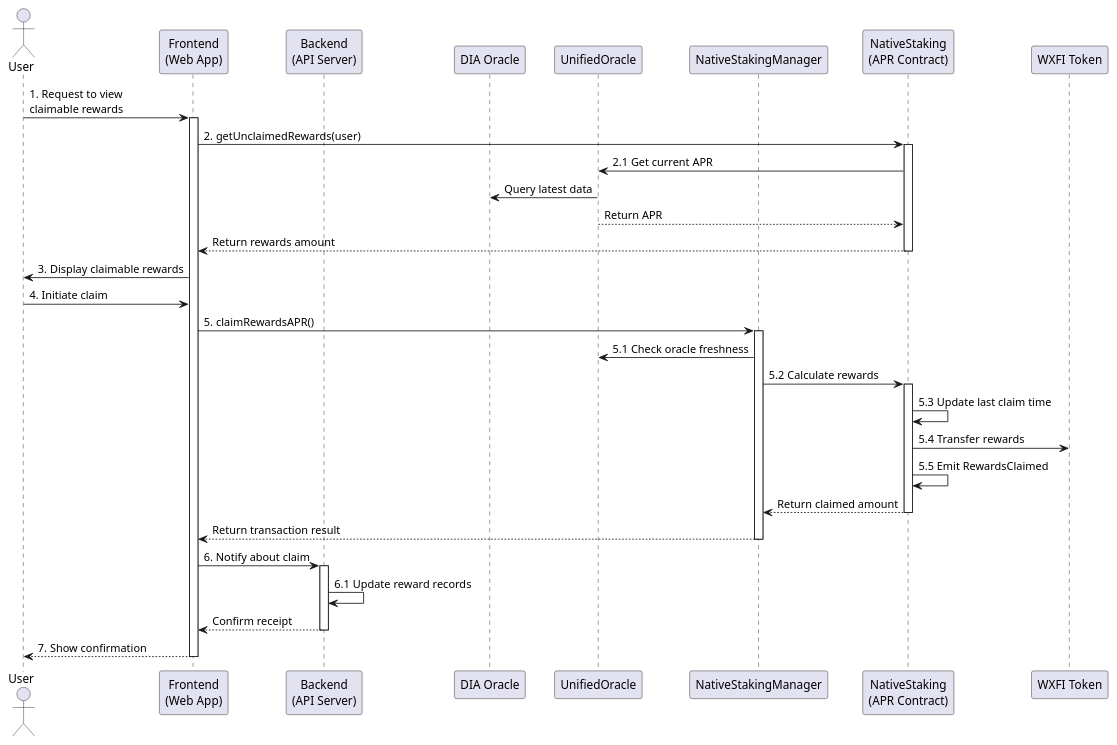
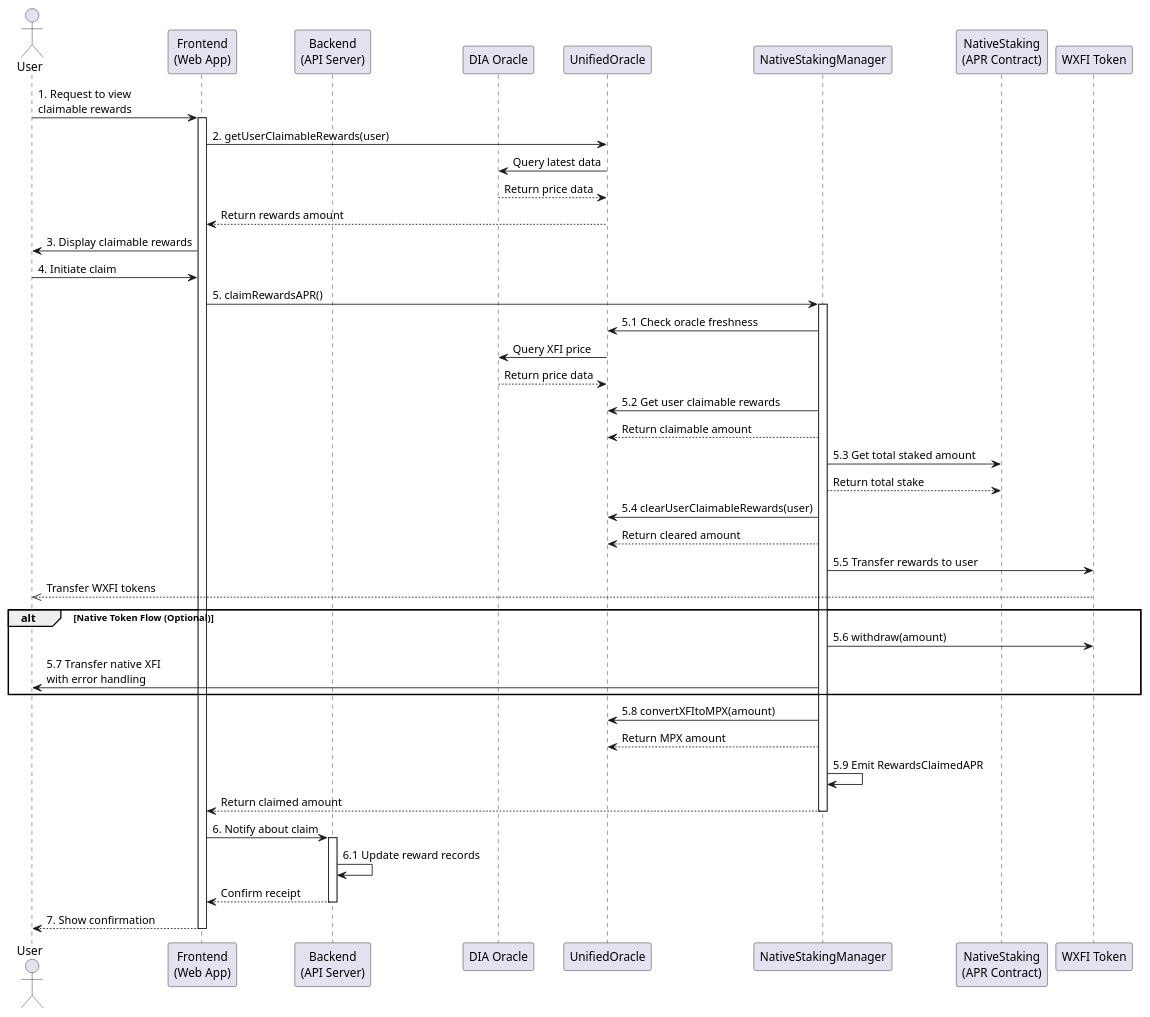
One commit to crossfichain/native-staking-contracts changed the diagram in docs/schemes/claim_rewards.puml. Above: the diagram before and after it, drawn with PlantUML. The commit also changed 10 other files, not shown here.

```diff
--- a/docs/schemes/claim_rewards.puml
+++ b/docs/schemes/claim_rewards.puml
@@ -1,49 +1,63 @@
 @startuml Claim Rewards Flow
 actor User
 participant "Frontend\n(Web App)" as FE
 participant "Backend\n(API Server)" as BE
 participant "DIA Oracle" as DIA
 participant "UnifiedOracle" as UO
 participant "NativeStakingManager" as NSM
 participant "NativeStaking\n(APR Contract)" as NS
 participant "WXFI Token" as WXFI
 
 User -> FE: 1. Request to view\nclaimable rewards
 activate FE
 
-FE -> NS: 2. getUnclaimedRewards(user)
-activate NS
-NS -> UO: 2.1 Get current APR
+FE -> UO: 2. getUserClaimableRewards(user)
 UO -> DIA: Query latest data
-NS <-- UO: Return APR
-FE <-- NS: Return rewards amount
-deactivate NS
+UO <-- DIA: Return price data
+FE <-- UO: Return rewards amount
 
 FE -> User: 3. Display claimable rewards
 
 User -> FE: 4. Initiate claim
 FE -> NSM: 5. claimRewardsAPR()
 activate NSM
 
 NSM -> UO: 5.1 Check oracle freshness
-NSM -> NS: 5.2 Calculate rewards
-activate NS
-NS -> NS: 5.3 Update last claim time
-NS -> WXFI: 5.4 Transfer rewards
-NS -> NS: 5.5 Emit RewardsClaimed
-NSM <-- NS: Return claimed amount
-deactivate NS
+UO -> DIA: Query XFI price
+UO <-- DIA: Return price data
 
-FE <-- NSM: Return transaction result
+NSM -> UO: 5.2 Get user claimable rewards
+UO <-- NSM: Return claimable amount
+
+NSM -> NS: 5.3 Get total staked amount
+NS <-- NSM: Return total stake
+
+NSM -> UO: 5.4 clearUserClaimableRewards(user)
+UO <-- NSM: Return cleared amount
+
+NSM -> WXFI: 5.5 Transfer rewards to user
+WXFI -->> User: Transfer WXFI tokens
+
+alt Native Token Flow (Optional)
+  NSM -> WXFI: 5.6 withdraw(amount)
+  NSM -> User: 5.7 Transfer native XFI\nwith error handling
+end
+
+NSM -> UO: 5.8 convertXFItoMPX(amount)
+UO <-- NSM: Return MPX amount
+
+NSM -> NSM: 5.9 Emit RewardsClaimedAPR
+
+FE <-- NSM: Return claimed amount
 deactivate NSM
 
 FE -> BE: 6. Notify about claim
 activate BE
 BE -> BE: 6.1 Update reward records
 FE <-- BE: Confirm receipt
 deactivate BE
 
 User <-- FE: 7. Show confirmation
 deactivate FE
 
 @enduml 
```
